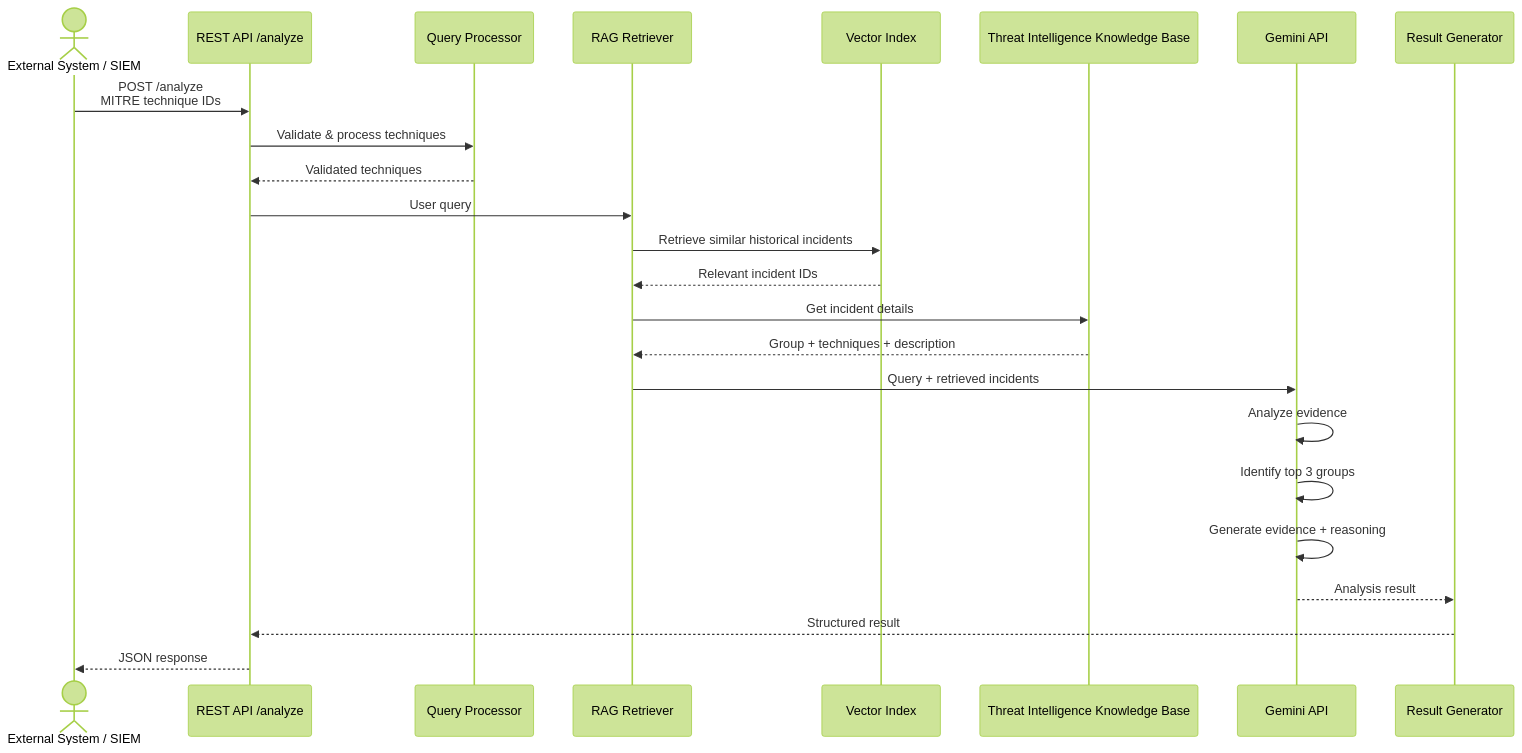
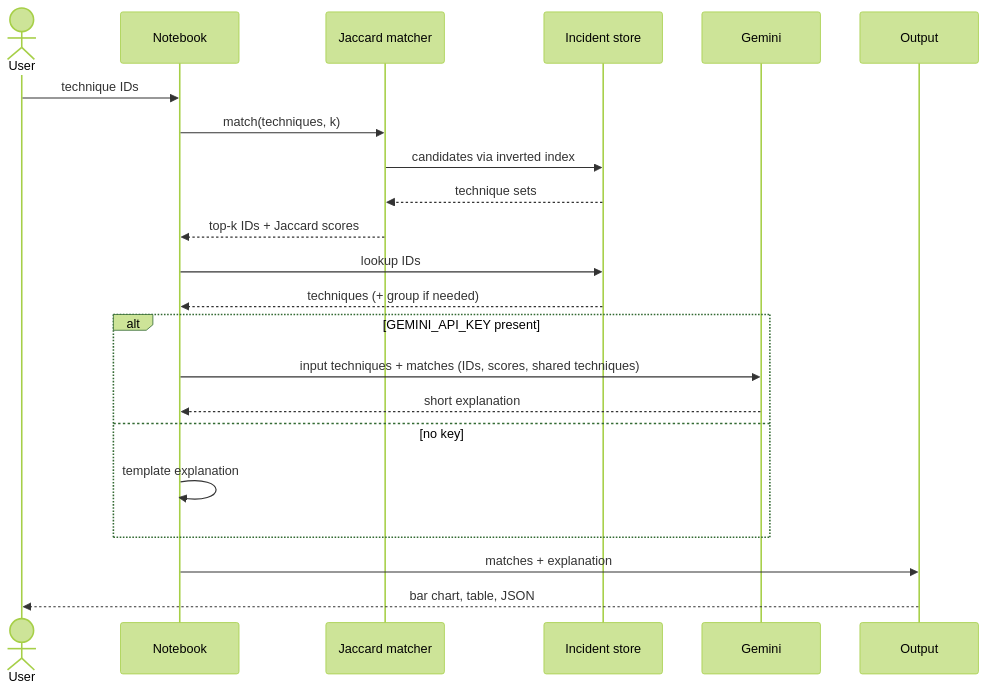
The third of 3 diagrams in README.md (MadAcolyte/mitre-attack-threat-group-similarity), drawn with Mermaid (forest theme) before and after one commit. The commit also changed other lines of this file and 10 other files, not shown here.

First line of the commit message:
Replace embeddings with Jaccard matching and one Gemini explanation

````diff
--- a/README.md
+++ b/README.md
@@ -164,31 +108,28 @@
 ```mermaid
 sequenceDiagram
-    actor Client as External System / SIEM
-    participant API as REST API /analyze
-    participant Query as Query Processor
-    participant RAG as RAG Retriever
-    participant Index as Vector Index
-    participant DB as Threat Intelligence Knowledge Base
-    participant Gemini as Gemini API
-    participant Result as Result Generator
+    actor User
+    participant Notebook
+    participant Jaccard as Jaccard matcher
+    participant Store as Incident store
+    participant Gemini
+    participant Output
 
-    Client->>API: POST /analyze<br/>MITRE technique IDs
-    API->>Query: Validate & process techniques
-    Query-->>API: Validated techniques
+    User->>Notebook: technique IDs
+    Notebook->>Jaccard: match(techniques, k)
+    Jaccard->>Store: candidates via inverted index
+    Store-->>Jaccard: technique sets
+    Jaccard-->>Notebook: top-k IDs + Jaccard scores
 
-    API->>RAG: User query
-    RAG->>Index: Retrieve similar historical incidents
-    Index-->>RAG: Relevant incident IDs
+    Notebook->>Store: lookup IDs
+    Store-->>Notebook: techniques (+ group if needed)
 
-    RAG->>DB: Get incident details
-    DB-->>RAG: Group + techniques + description
+    alt GEMINI_API_KEY present
+        Notebook->>Gemini: input techniques + matches (IDs, scores, shared techniques)
+        Gemini-->>Notebook: short explanation
+    else no key
+        Notebook->>Notebook: template explanation
+    end
 
-    RAG->>Gemini: Query + retrieved incidents
-    Gemini->>Gemini: Analyze evidence
-    Gemini->>Gemini: Identify top 3 groups
-    Gemini->>Gemini: Generate evidence + reasoning
-    Gemini-->>Result: Analysis result
-
-    Result-->>API: Structured result
-    API-->>Client: JSON response
+    Notebook->>Output: matches + explanation
+    Output-->>User: bar chart, table, JSON
 ```
````
